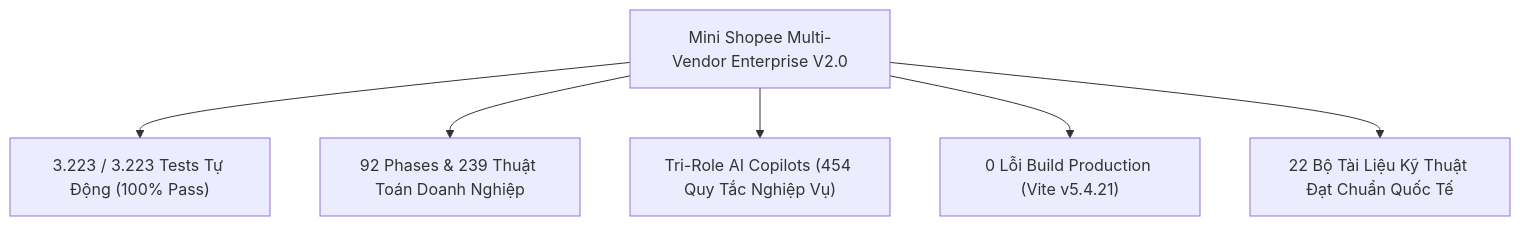
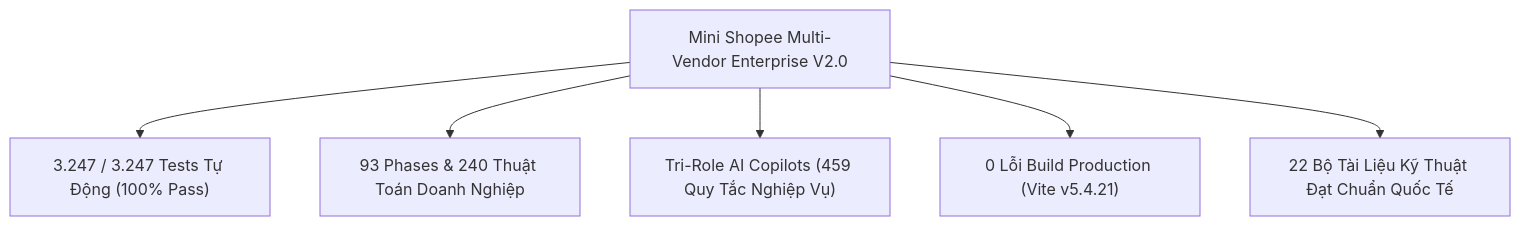
One commit to JiaysTM17/Fullstack-Ecommerce changed the first of 2 diagrams in docs/DANH_MUC_HO_SO_BAN_GIAO_VA_TONG_QUAN_DU_AN.md. Above: the diagram before and after it, drawn with Mermaid. The commit also changed other lines of this file and 10 other files, not shown here.

````diff
--- a/docs/DANH_MUC_HO_SO_BAN_GIAO_VA_TONG_QUAN_DU_AN.md
+++ b/docs/DANH_MUC_HO_SO_BAN_GIAO_VA_TONG_QUAN_DU_AN.md
@@ -21,9 +21,9 @@
 ```mermaid
 graph TD
     System["Mini Shopee Multi-Vendor Enterprise V2.0"]
-    System --> Stat1["3.223 / 3.223 Tests Tự Động (100% Pass)"]
-    System --> Stat2["92 Phases & 239 Thuật Toán Doanh Nghiệp"]
-    System --> Stat3["Tri-Role AI Copilots (454 Quy Tắc Nghiệp Vụ)"]
+    System --> Stat1["3.247 / 3.247 Tests Tự Động (100% Pass)"]
+    System --> Stat2["93 Phases & 240 Thuật Toán Doanh Nghiệp"]
+    System --> Stat3["Tri-Role AI Copilots (459 Quy Tắc Nghiệp Vụ)"]
     System --> Stat4["0 Lỗi Build Production (Vite v5.4.21)"]
     System --> Stat5["22 Bộ Tài Liệu Kỹ Thuật Đạt Chuẩn Quốc Tế"]
 ```
````
